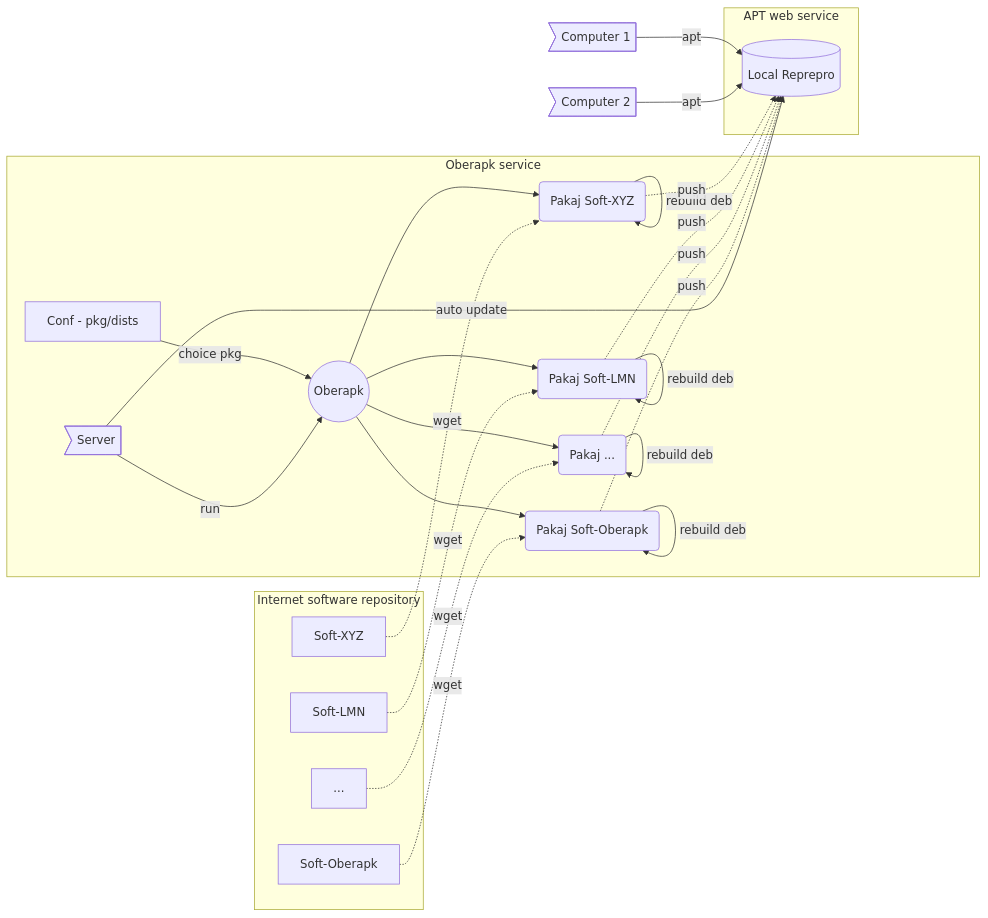
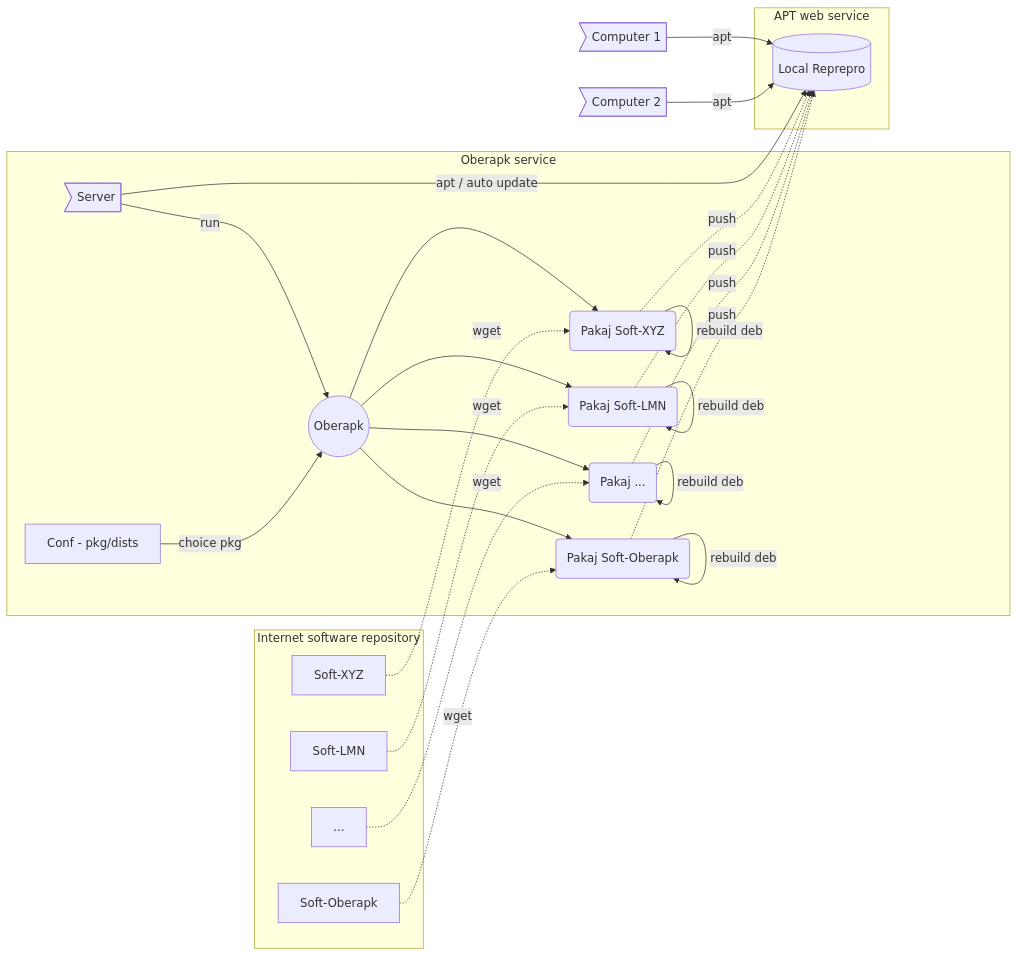
Before and after one commit to GabrielMoreau/oberapk: the diagram in README.md, drawn with Mermaid.

Commit message:
Change order

````diff
--- a/README.md
+++ b/README.md
@@ -33,51 +33,56 @@
 ```mermaid
 graph LR;
   subgraph Internet software repository
     idsx[Soft-XYZ]
     idsl[Soft-LMN]
     idsi[...]
     idso[Soft-Oberapk]
   end
 
   subgraph Oberapk service
+    ids>Server]
+    idc[Conf - pkg/dists]
+
+    ido((Oberapk))
+    
     idmx(Pakaj Soft-XYZ)
     idml(Pakaj Soft-LMN)
     idmi(Pakaj ...)
     idmo(Pakaj Soft-Oberapk)
- 
-    idc[Conf - pkg/dists]
-    ido((Oberapk))
-    ids>Server]
   end
 
   subgraph APT web service
     idr[(Local Reprepro)]
   end
 
   idclient1>Computer 1]
   idclient2>Computer 2]
 
+  ids -- run --> ido
+  ids -- apt / auto update --> idr
+
   idc -- choice pkg --> ido
+
   ido --> idmx
   ido --> idml
   ido --> idmi
   ido --> idmo
+
   idsx -. wget .-> idmx
   idsl -. wget .-> idml
   idsi -. wget .-> idmi
   idso -. wget .-> idmo
+
   idmx -- rebuild deb --> idmx
   idml -- rebuild deb --> idml
   idmi -- rebuild deb --> idmi
   idmo -- rebuild deb --> idmo
+
   idmx -. push .-> idr
   idml -. push .-> idr
   idmi -. push .-> idr
   idmo -. push .-> idr
 
   idclient1 -- apt --> idr
   idclient2 -- apt --> idr
-
-  ids -- run --> ido
-  ids -- auto update --> idr
 ```
````
